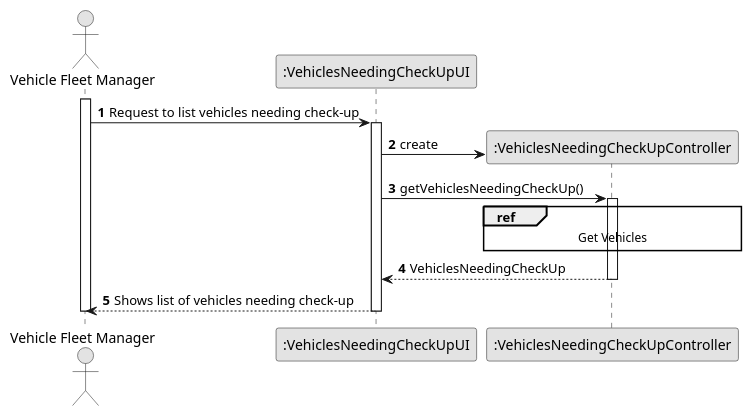
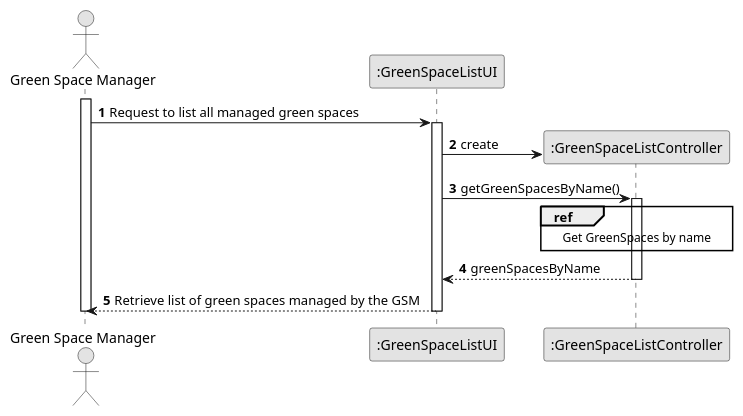
One commit to Departamento-de-Engenharia-Informatica/lei-24-s2-1df-1de-g063 changed the diagram in docs/SprintC/us27/03.design/puml/us027-sequence-diagram-split.puml. Above: the diagram before and after it, drawn with PlantUML. The commit also changed 58 other files, not shown here.

```diff
--- a/docs/SprintC/us27/03.design/puml/us027-sequence-diagram-split.puml
+++ b/docs/SprintC/us27/03.design/puml/us027-sequence-diagram-split.puml
@@ -1,38 +1,35 @@
 @startuml
 skinparam monochrome true
 skinparam packageStyle rectangle
 skinparam shadowing false
 
 autonumber
 
 'hide footbox
-actor "Vehicle Fleet Manager" as VFM
-participant ":VehiclesNeedingCheckUpUI" as UI
-participant ":VehiclesNeedingCheckUpController" as CTRL
+actor "Green Space Manager" as GSM
+participant ":GreenSpaceListUI" as UI
+participant ":GreenSpaceListController" as CTRL
 
-activate VFM
+activate GSM
 
-VFM -> UI : Request to list vehicles needing check-up
+GSM -> UI : Request to list all managed green spaces
 
     activate UI
 
         UI -> CTRL** : create
 
-        UI -> CTRL : getVehiclesNeedingCheckUp()
-
-        ref over CTRL
-                            Get Vehicles
-                        end
-
+        UI -> CTRL : getGreenSpacesByName()
         activate CTRL
 
-            CTRL --> UI : VehiclesNeedingCheckUp
+            ref over CTRL
+                Get GreenSpaces by name
+            end
+
+            CTRL --> UI : greenSpacesByName
         deactivate CTRL
 
-        UI --> VFM : Shows list of vehicles needing check-up
-
+        UI --> GSM : Retrieve list of green spaces managed by the GSM
     deactivate UI
-
-deactivate VFM
+deactivate GSM
 
 @enduml
```
